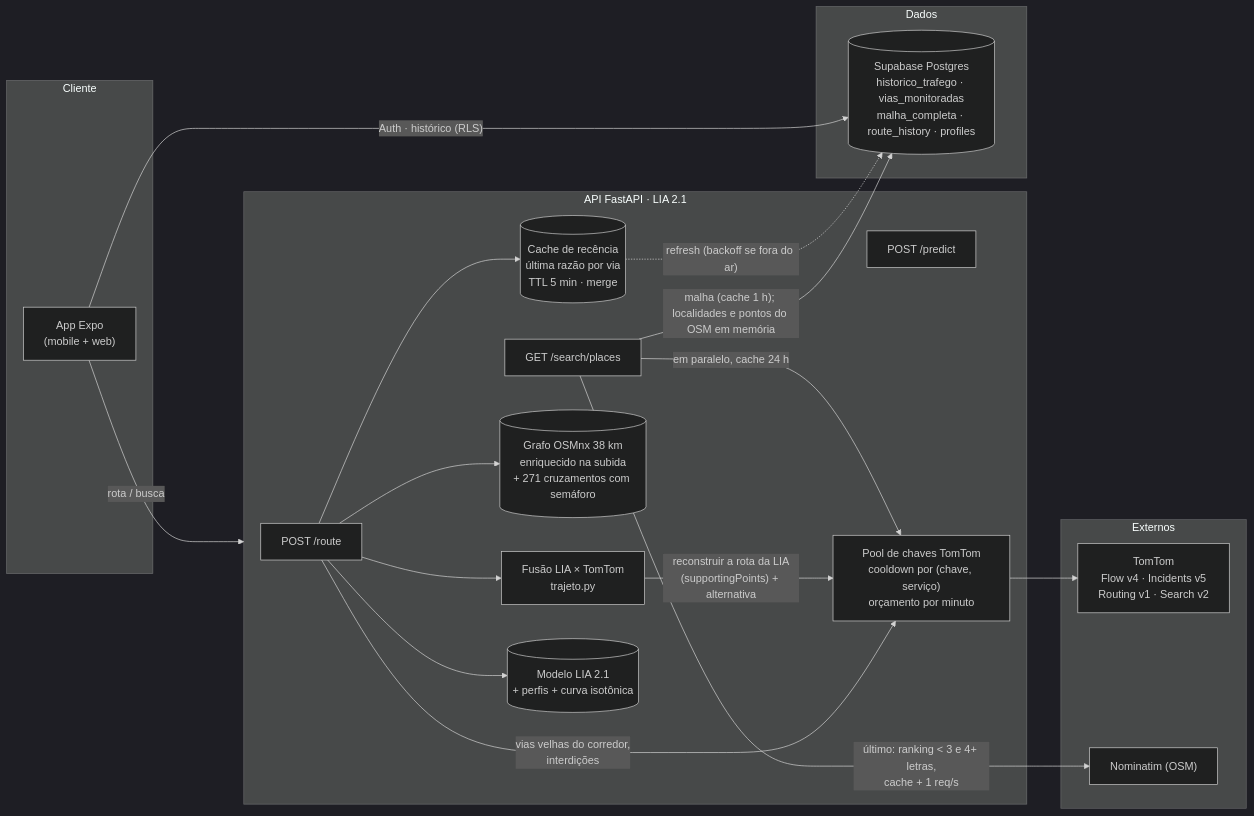
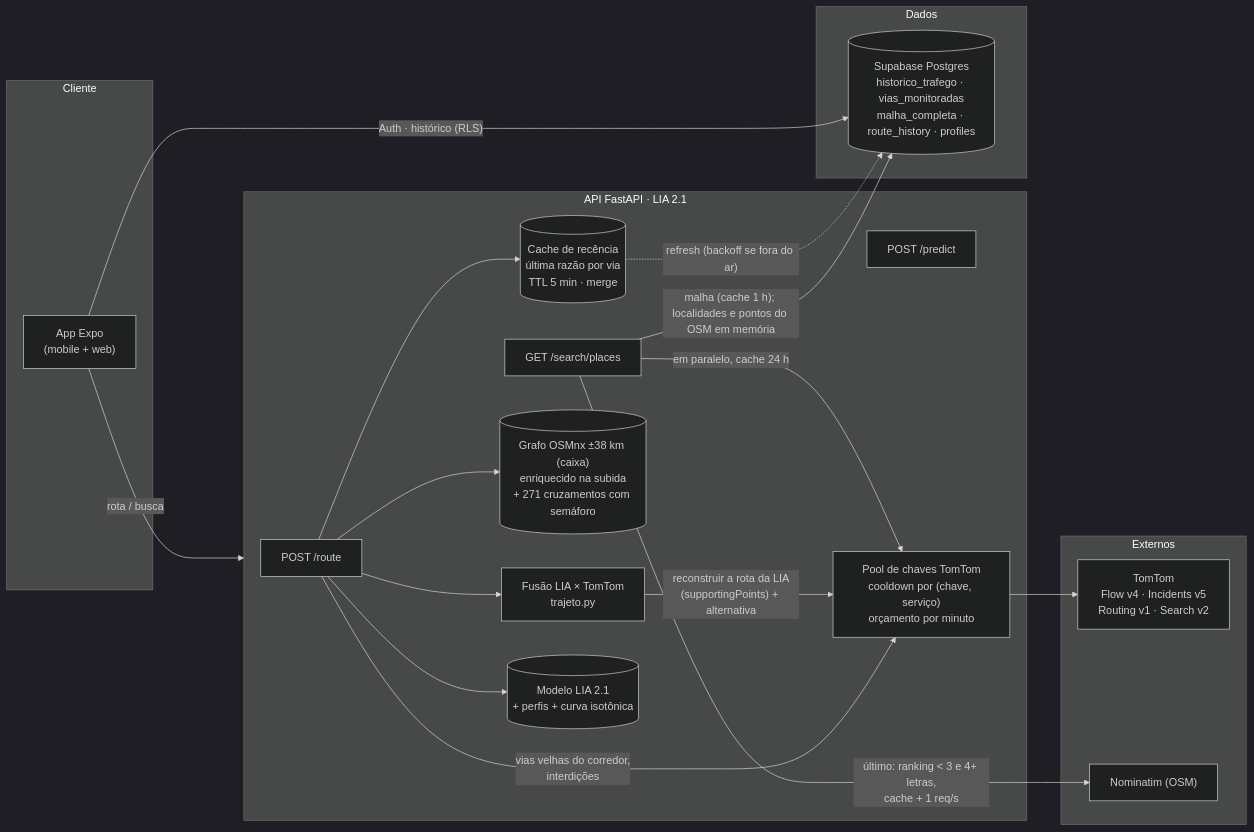
The first of 2 diagrams in docs/core/architecture.md (G2Martins/Routify), drawn with Mermaid (dark theme) before and after one commit. The commit also changed 10 other files, not shown here.

First line of the commit message:
feat(graph): DF-wide graph audit; origin/destination snap only on the main strongly connected component

````diff
--- a/docs/core/architecture.md
+++ b/docs/core/architecture.md
@@ -9,38 +9,38 @@
 ```mermaid
 flowchart LR
     subgraph Cliente
         APP["App Expo<br/>(mobile + web)"]
     end
 
     subgraph API["API FastAPI · LIA 2.1"]
         ROUTE["POST /route"]
         SEARCH["GET /search/places"]
         PRED["POST /predict"]
         RC[("Cache de recência<br/>última razão por via<br/>TTL 5 min · merge")]
         POOL["Pool de chaves TomTom<br/>cooldown por (chave, serviço)<br/>orçamento por minuto"]
-        G[("Grafo OSMnx 38 km<br/>enriquecido na subida<br/>+ 271 cruzamentos com semáforo")]
+        G[("Grafo OSMnx ±38 km (caixa)<br/>enriquecido na subida<br/>+ 271 cruzamentos com semáforo")]
         FUS["Fusão LIA × TomTom<br/>trajeto.py"]
         M[("Modelo LIA 2.1<br/>+ perfis + curva isotônica")]
     end
 
     subgraph Dados
         SB[("Supabase Postgres<br/>historico_trafego · vias_monitoradas<br/>malha_completa · route_history · profiles")]
     end
 
     subgraph Externos
         TT["TomTom<br/>Flow v4 · Incidents v5<br/>Routing v1 · Search v2"]
         NOM["Nominatim (OSM)"]
     end
 
     APP -- "rota / busca" --> API
     APP -- "Auth · histórico (RLS)" --> SB
     ROUTE --> RC & G & M
     ROUTE -- "vias velhas do corredor,<br/>interdições" --> POOL
     ROUTE --> FUS
     FUS -- "reconstruir a rota da LIA<br/>(supportingPoints) + alternativa" --> POOL
     SEARCH -- "malha (cache 1 h); localidades e pontos do OSM em memória" --> SB
     SEARCH -- "em paralelo, cache 24 h" --> POOL
     SEARCH -- "último: ranking < 3 e 4+ letras,<br/>cache + 1 req/s" --> NOM
     POOL --> TT
     RC -. "refresh (backoff se fora do ar)" .-> SB
 ```
````
